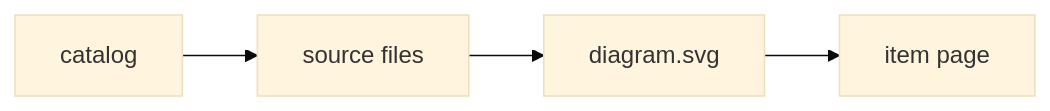
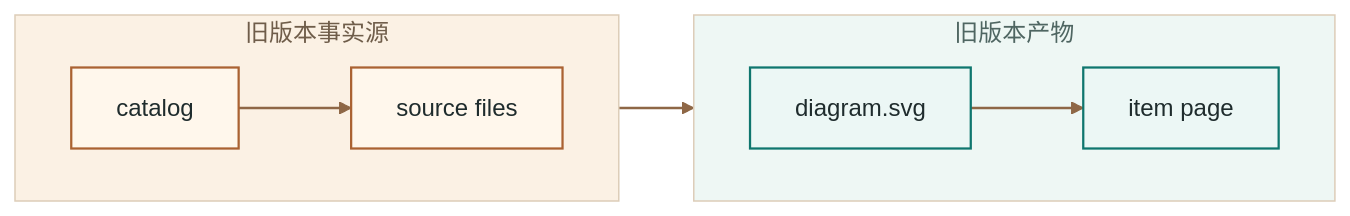
The diagram in .agentwork/tools/arch/shared/templates/arch/examples/arch-tool/content/v1/arch-tool-overview/diagram.mmd (zhagqn/agentwork), drawn with Mermaid (base theme) before and after one commit. The commit also changed 25 other files, not shown here.

Commit message:
docs(arch): 固化 Mermaid 基础样式约定

```diff
--- a/.agentwork/tools/arch/shared/templates/arch/examples/arch-tool/content/v1/arch-tool-overview/diagram.mmd
+++ b/.agentwork/tools/arch/shared/templates/arch/examples/arch-tool/content/v1/arch-tool-overview/diagram.mmd
@@ -1,4 +1,22 @@
 flowchart LR
-    A[catalog] --> B[source files]
-    B --> C[diagram.svg]
-    C --> D[item page]
+    subgraph legacy["旧版本事实源"]
+        direction LR
+        A[catalog] --> B[source files]
+    end
+
+    subgraph output["旧版本产物"]
+        direction LR
+        C[diagram.svg] --> D[item page]
+    end
+
+    B --> C
+
+    classDef warm fill:#fff7ec,stroke:#aa6232,color:#1f2c2d,stroke-width:1.5px;
+    classDef teal fill:#ecf7f5,stroke:#0f766e,color:#1f2c2d,stroke-width:1.5px;
+    class A,B warm;
+    class C,D teal;
+
+    style legacy fill:#fbf1e4,stroke:#ddcdb8,color:#6f5d4a;
+    style output fill:#eef7f4,stroke:#ddcdb8,color:#4f6662;
+
+    linkStyle default stroke:#8e6746,stroke-width:1.6px;
```
